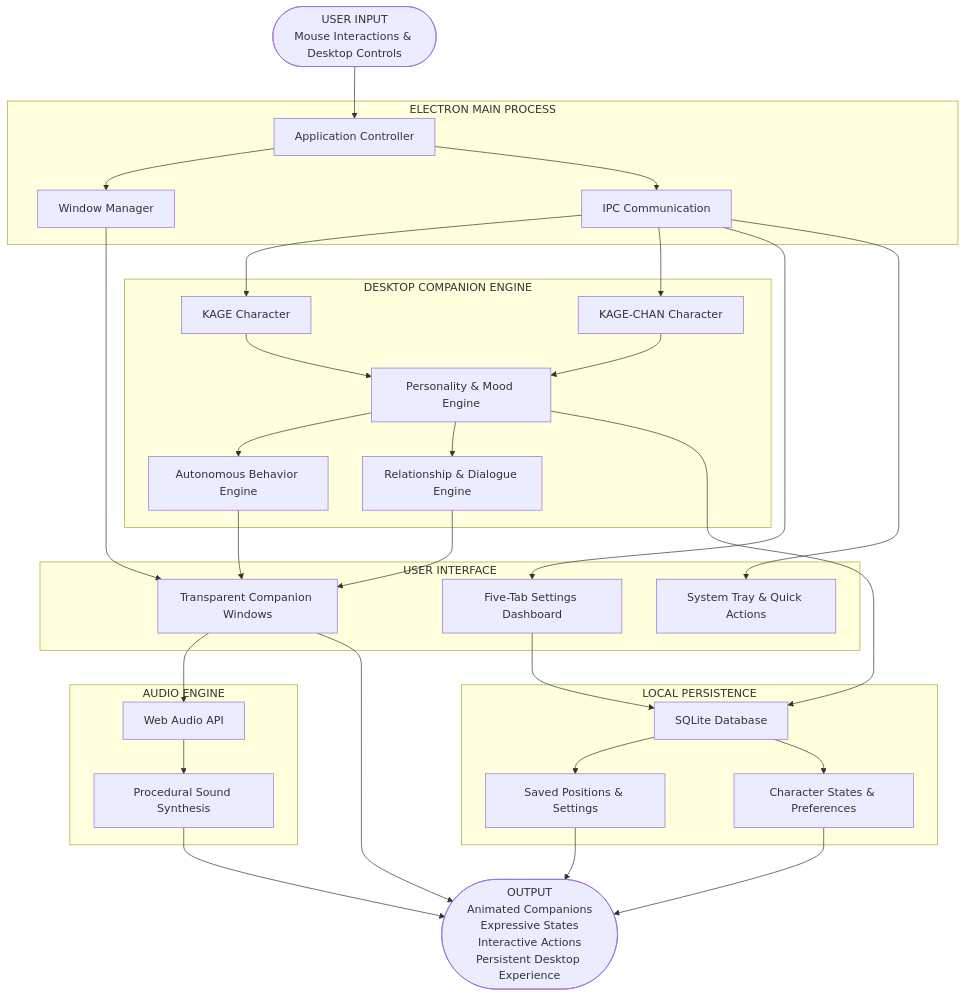
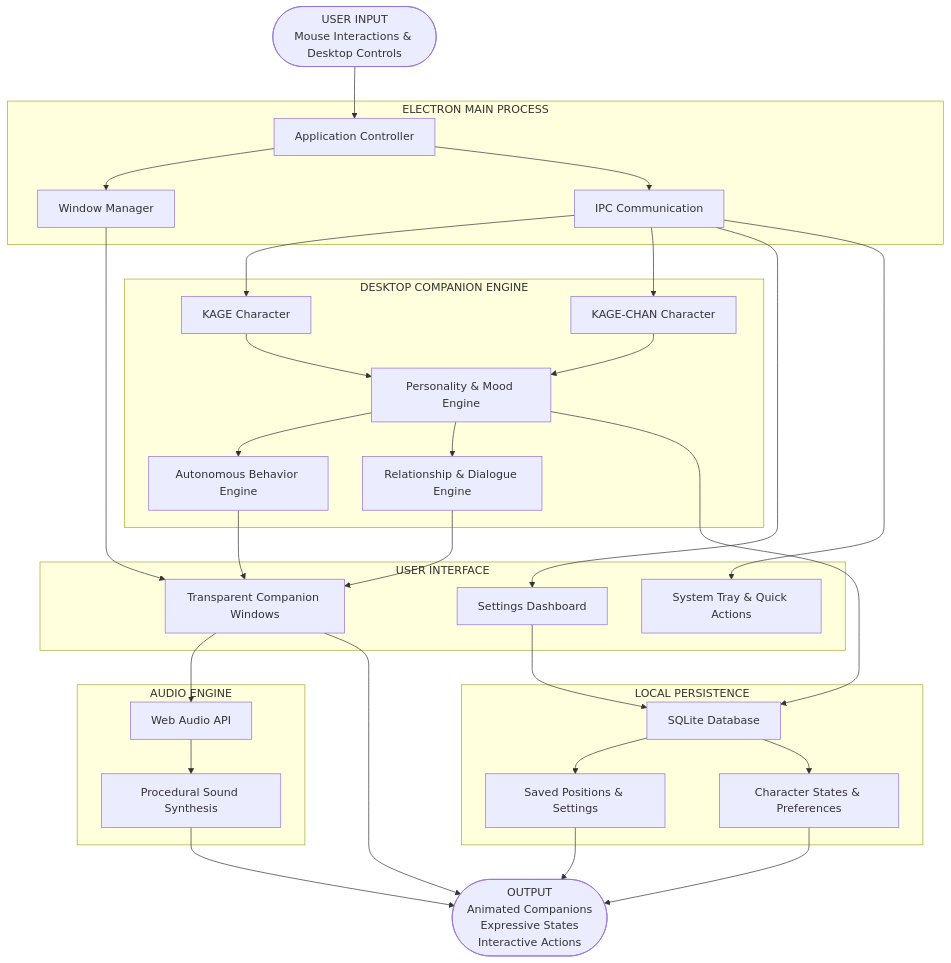
One commit to ISBANDURAHUMAN-R/KAGE-COMPANION changed the diagram in README.md. Above: the diagram before and after it, drawn with Mermaid. The commit also changed other lines of this file, not shown here.

````diff
--- a/README.md
+++ b/README.md
@@ -39,63 +42,63 @@
 ```mermaid
 flowchart TD
     A(["USER INPUT<br/>Mouse Interactions & Desktop Controls"])
 
-    subgraph Main ["ELECTRON MAIN PROCESS"]
+    subgraph Main["ELECTRON MAIN PROCESS"]
         B["Application Controller"]
         C["Window Manager"]
         D["IPC Communication"]
         B --> C
         B --> D
     end
 
-    subgraph Companions ["DESKTOP COMPANION ENGINE"]
+    subgraph Companions["DESKTOP COMPANION ENGINE"]
         E["KAGE Character"]
         F["KAGE-CHAN Character"]
         G["Personality & Mood Engine"]
         H["Autonomous Behavior Engine"]
         I["Relationship & Dialogue Engine"]
 
         E --> G
         F --> G
         G --> H
         G --> I
     end
 
-    subgraph Interface ["USER INTERFACE"]
+    subgraph Interface["USER INTERFACE"]
         J["Transparent Companion Windows"]
-        K["Five-Tab Settings Dashboard"]
+        K["Settings Dashboard"]
         L["System Tray & Quick Actions"]
     end
 
-    subgraph Audio ["AUDIO ENGINE"]
+    subgraph Audio["AUDIO ENGINE"]
         M["Web Audio API"]
         N["Procedural Sound Synthesis"]
         M --> N
     end
 
-    subgraph Storage ["LOCAL PERSISTENCE"]
+    subgraph Storage["LOCAL PERSISTENCE"]
         O["SQLite Database"]
         P["Saved Positions & Settings"]
         Q["Character States & Preferences"]
         O --> P
         O --> Q
     end
 
-    R(["OUTPUT<br/>Animated Companions<br/>Expressive States<br/>Interactive Actions<br/>Persistent Desktop Experience"])
+    R(["OUTPUT<br/>Animated Companions<br/>Expressive States<br/>Interactive Actions"])
 
     A --> B
     C --> J
     D --> E
     D --> F
     D --> K
     D --> L
     H --> J
     I --> J
     G --> O
     K --> O
     J --> M
     J --> R
     N --> R
     P --> R
     Q --> R
 ```
````
